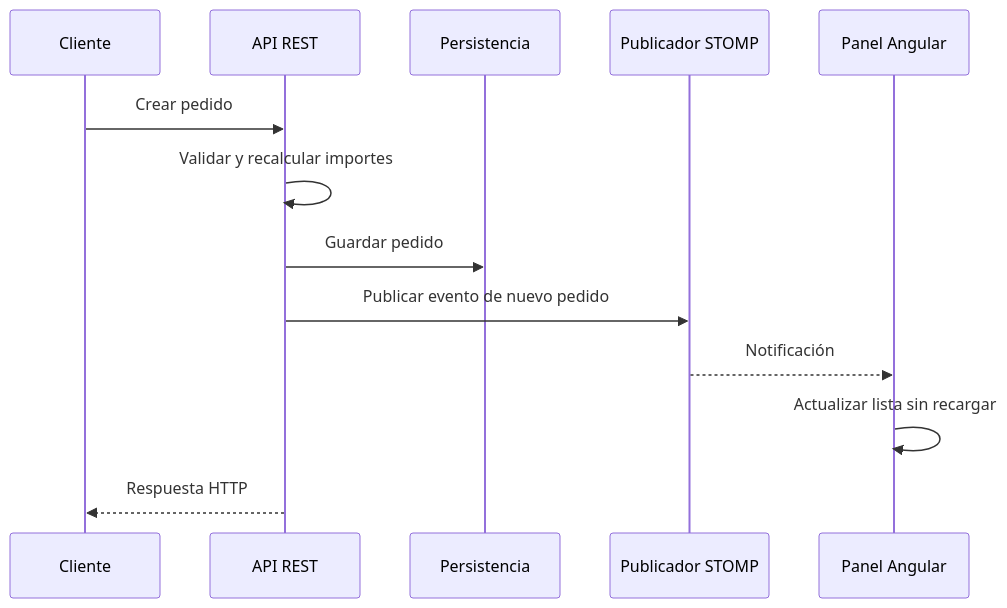
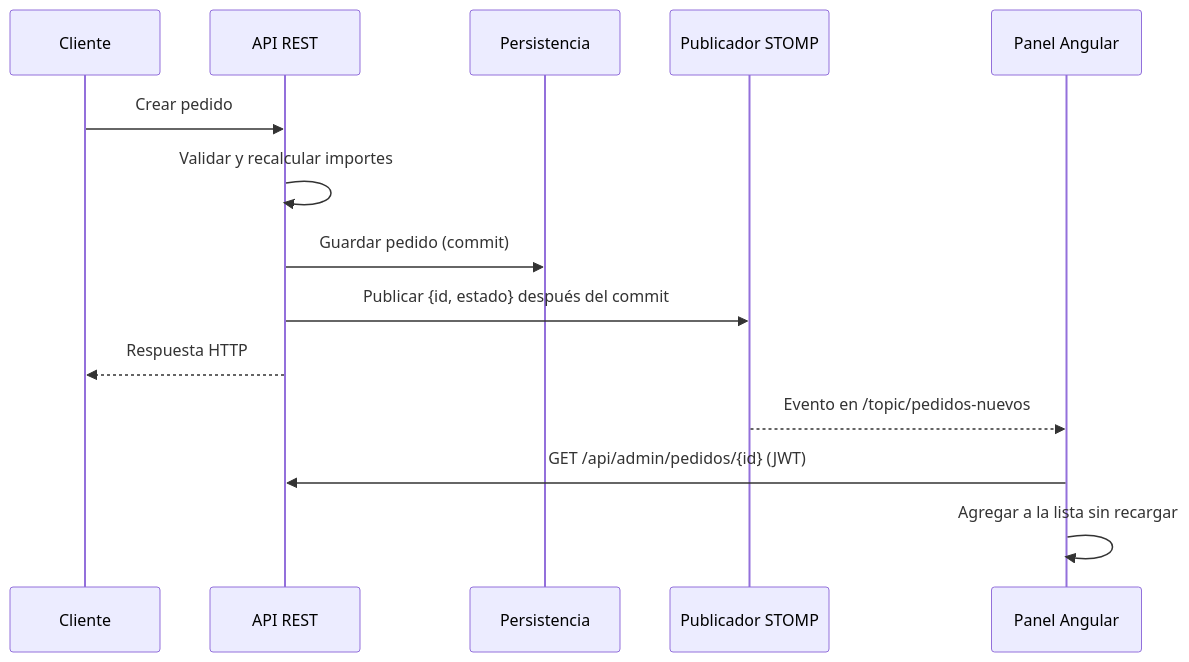
The diagram in docs/realtime.md (francoamarilla/StickyFingers), drawn with Mermaid before and after one commit. The commit also changed other lines of this file and 5 other files, not shown here.

````diff
--- a/docs/realtime.md
+++ b/docs/realtime.md
@@ -7,15 +7,16 @@
 ```mermaid
 sequenceDiagram
     participant C as Cliente
     participant A as API REST
     participant D as Persistencia
     participant E as Publicador STOMP
     participant P as Panel Angular
     C->>A: Crear pedido
     A->>A: Validar y recalcular importes
-    A->>D: Guardar pedido
-    A->>E: Publicar evento de nuevo pedido
-    E-->>P: Notificación
-    P->>P: Actualizar lista sin recargar
+    A->>D: Guardar pedido (commit)
+    A->>E: Publicar {id, estado} después del commit
     A-->>C: Respuesta HTTP
+    E-->>P: Evento en /topic/pedidos-nuevos
+    P->>A: GET /api/admin/pedidos/{id} (JWT)
+    P->>P: Agregar a la lista sin recargar
 ```
````
